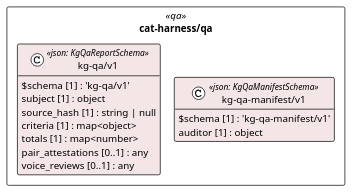
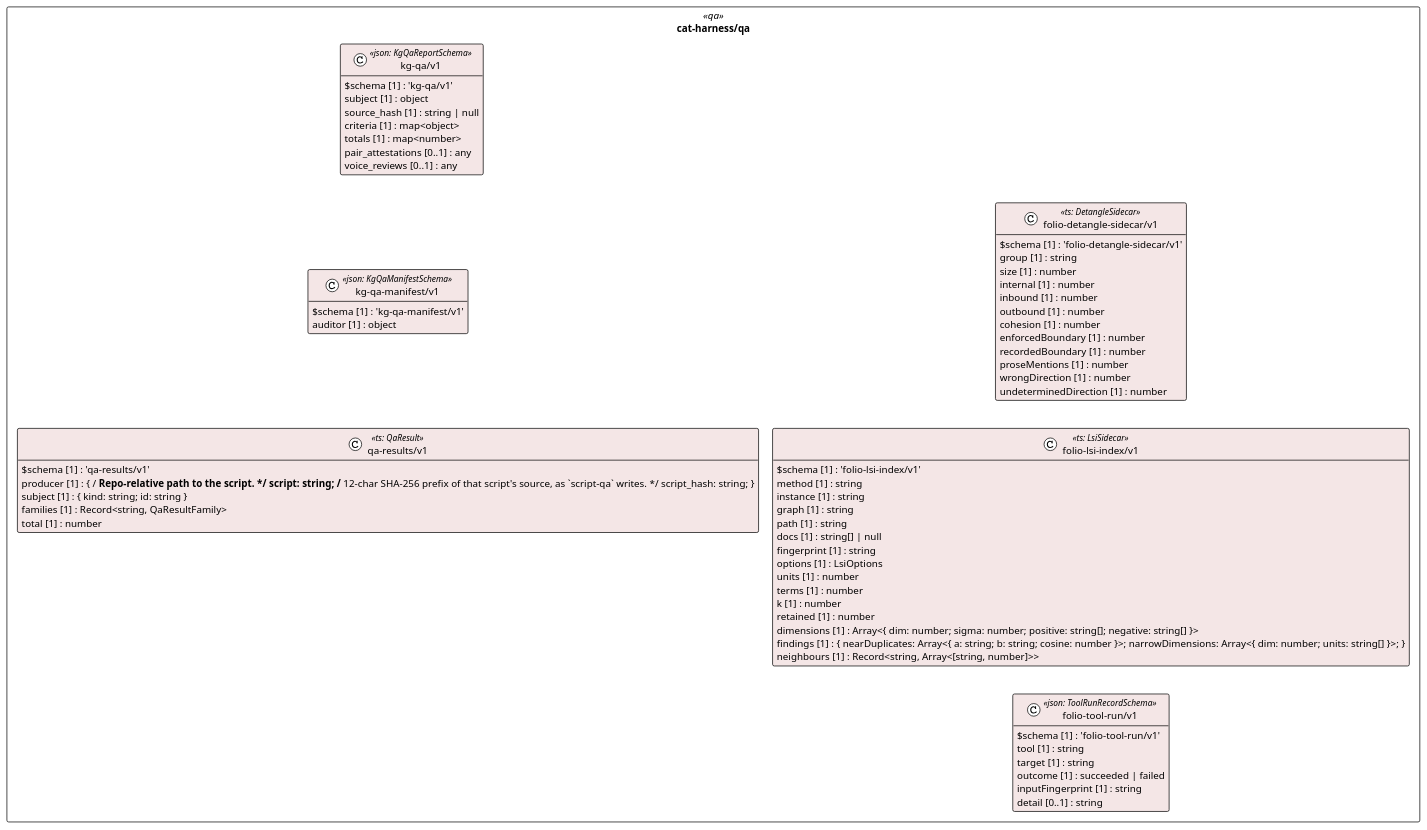
One commit to litlfred/folio-assistant changed the diagram in cat-harness/uml/overview/cat-harness/qa.puml. Above: the diagram before and after it, drawn with PlantUML. The commit also changed 9 other files, not shown here.

First line of the commit message:
regen: uml overview at the skill:register fixed point (cat-harness qa package)

```diff
--- a/cat-harness/uml/overview/cat-harness/qa.puml
+++ b/cat-harness/uml/overview/cat-harness/qa.puml
@@ -3,25 +3,71 @@
 @startuml cat_harness_qa
 !pragma layout elk
 !theme plain
 skinparam classAttributeIconSize 0
 skinparam shadowing false
 skinparam packageStyle rectangle
 hide empty methods
 
 package "cat-harness/qa" as pkg_cat_harness_qa <<qa>> {
   class "kg-qa/v1" as cat_harness_qa_kg_qa_v1_kg_qa_v1 <<json: KgQaReportSchema>> #f4e6e6 {
     $schema [1] : 'kg-qa/v1'
     subject [1] : object
     source_hash [1] : string | null
     criteria [1] : map<object>
     totals [1] : map<number>
     pair_attestations [0..1] : any
     voice_reviews [0..1] : any
   }
   class "kg-qa-manifest/v1" as cat_harness_qa_kg_qa_manifest_v1_kg_qa_manifest_v1 <<json: KgQaManifestSchema>> #f4e6e6 {
     $schema [1] : 'kg-qa-manifest/v1'
     auditor [1] : object
   }
+  class "qa-results/v1" as cat_harness_qa_qa_results_v1 <<ts: QaResult>> #f4e6e6 {
+    $schema [1] : 'qa-results/v1'
+    producer [1] : { /** Repo-relative path to the script. */ script: string; /** 12-char SHA-256 prefix of that script's source, as `script-qa` writes. */ script_hash: string; }
+    subject [1] : { kind: string; id: string }
+    families [1] : Record<string, QaResultFamily>
+    total [1] : number
+  }
+  class "folio-detangle-sidecar/v1" as cat_harness_qa_folio_detangle_sidecar_v1 <<ts: DetangleSidecar>> #f4e6e6 {
+    $schema [1] : 'folio-detangle-sidecar/v1'
+    group [1] : string
+    size [1] : number
+    internal [1] : number
+    inbound [1] : number
+    outbound [1] : number
+    cohesion [1] : number
+    enforcedBoundary [1] : number
+    recordedBoundary [1] : number
+    proseMentions [1] : number
+    wrongDirection [1] : number
+    undeterminedDirection [1] : number
+  }
+  class "folio-lsi-index/v1" as cat_harness_qa_folio_lsi_index_v1 <<ts: LsiSidecar>> #f4e6e6 {
+    $schema [1] : 'folio-lsi-index/v1'
+    method [1] : string
+    instance [1] : string
+    graph [1] : string
+    path [1] : string
+    docs [1] : string[] | null
+    fingerprint [1] : string
+    options [1] : LsiOptions
+    units [1] : number
+    terms [1] : number
+    k [1] : number
+    retained [1] : number
+    dimensions [1] : Array<{ dim: number; sigma: number; positive: string[]; negative: string[] }>
+    findings [1] : { nearDuplicates: Array<{ a: string; b: string; cosine: number }>; narrowDimensions: Array<{ dim: number; units: string[] }>; }
+    neighbours [1] : Record<string, Array<[string, number]>>
+  }
+  class "folio-tool-run/v1" as cat_harness_qa_folio_tool_run_v1_folio_tool_run_v1 <<json: ToolRunRecordSchema>> #f4e6e6 {
+    $schema [1] : 'folio-tool-run/v1'
+    tool [1] : string
+    target [1] : string
+    outcome [1] : succeeded | failed
+    inputFingerprint [1] : string
+    detail [0..1] : string
+  }
 }
 
 @enduml
```
